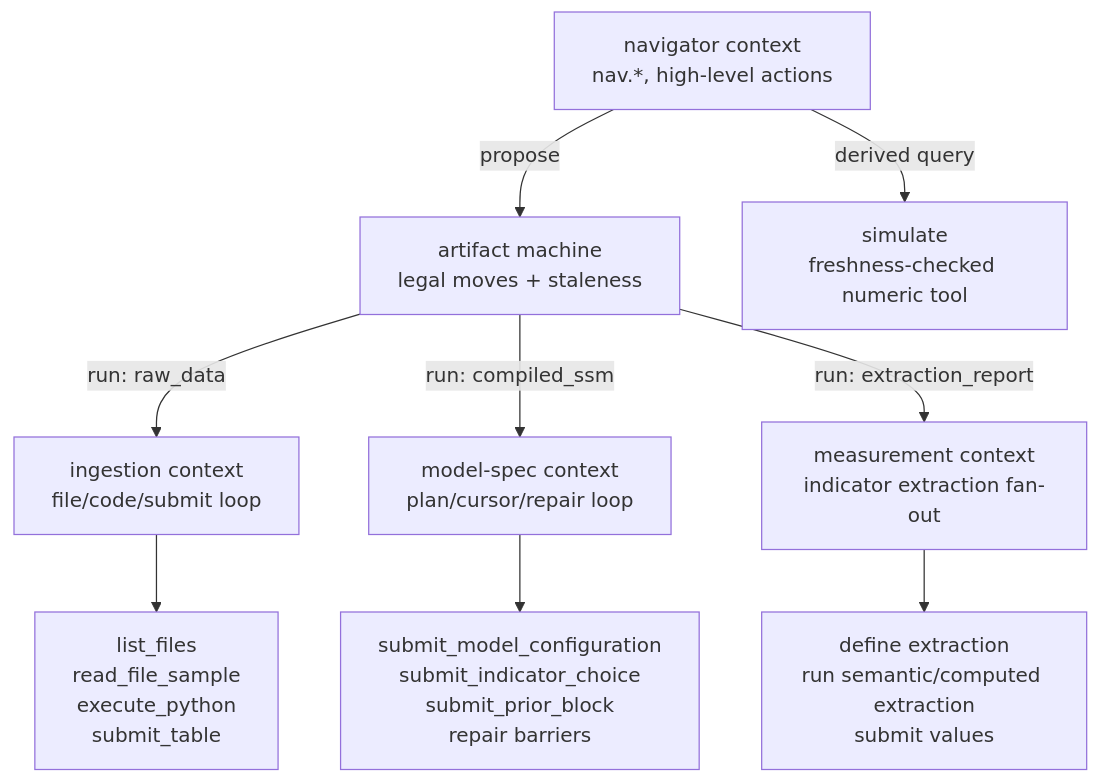
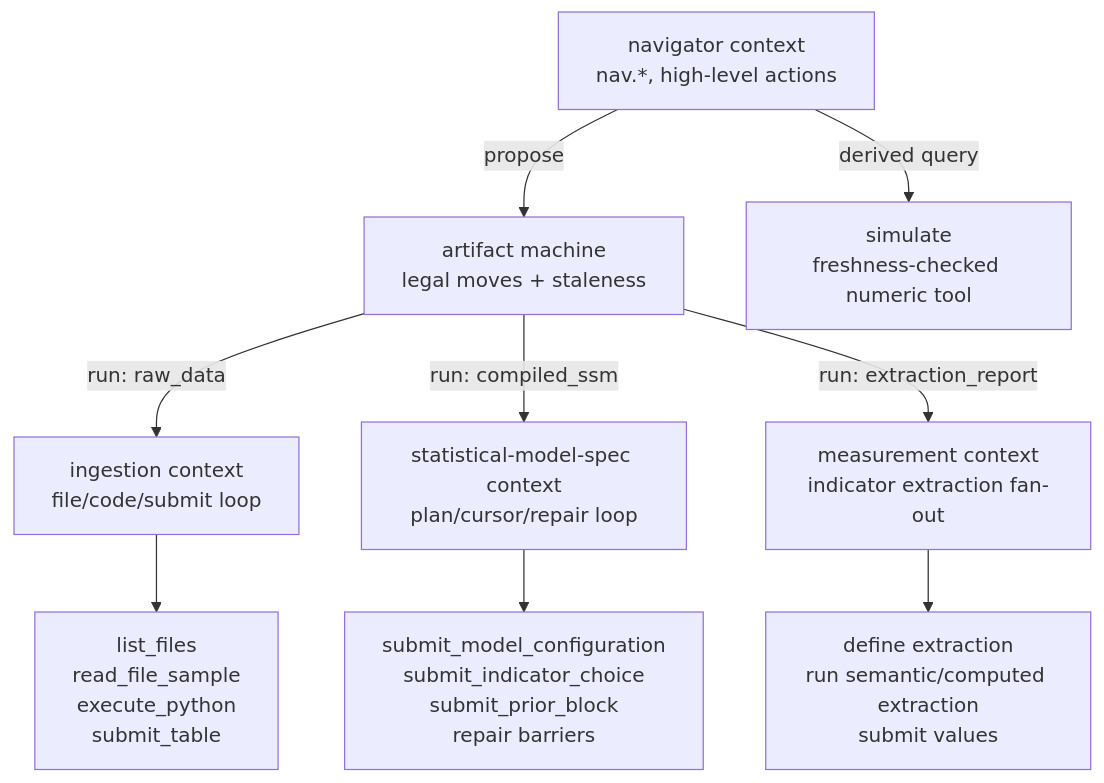
One commit to ma9o/causal-ssm-agent changed the third of 3 diagrams in docs/design/action-hierarchy.md. Above: the diagram before and after it, drawn with Mermaid. The commit also changed other lines of this file and 282 other files, not shown here.

````diff
--- a/docs/design/action-hierarchy.md
+++ b/docs/design/action-hierarchy.md
@@ -251,16 +251,16 @@
 ```mermaid
 flowchart TB
     NAV["navigator context\nnav.*, high-level actions"]
     NAV -->|"propose"| MACH["artifact machine\nlegal moves + staleness"]
 
     MACH -->|"run: raw_data"| ST0["ingestion context\nfile/code/submit loop"]
     ST0 --> ST0T["list_files\nread_file_sample\nexecute_python\nsubmit_table"]
 
-    MACH -->|"run: compiled_ssm"| ST4["model-spec context\nplan/cursor/repair loop"]
+    MACH -->|"run: compiled_ssm"| ST4["statistical-model-spec context\nplan/cursor/repair loop"]
     ST4 --> ST4T["submit_model_configuration\nsubmit_indicator_choice\nsubmit_prior_block\nrepair barriers"]
 
     MACH -->|"run: extraction_report"| ST2["measurement context\nindicator extraction fan-out"]
     ST2 --> ST2T["define extraction\nrun semantic/computed extraction\nsubmit values"]
 
     NAV -->|"derived query"| SIM["simulate\nfreshness-checked numeric tool"]
 ```
````
